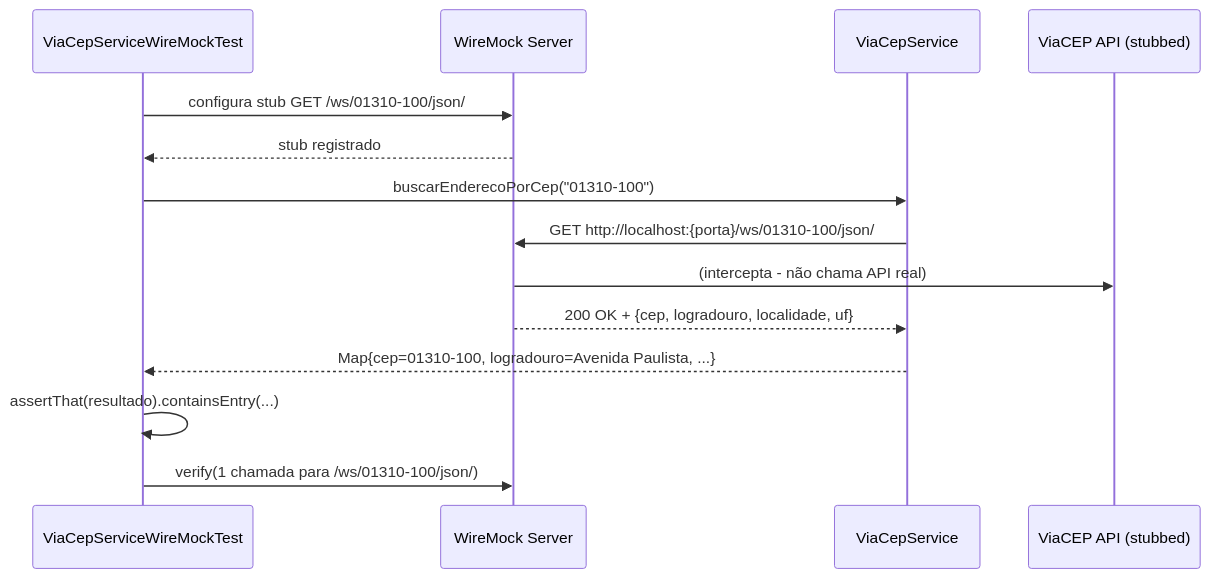
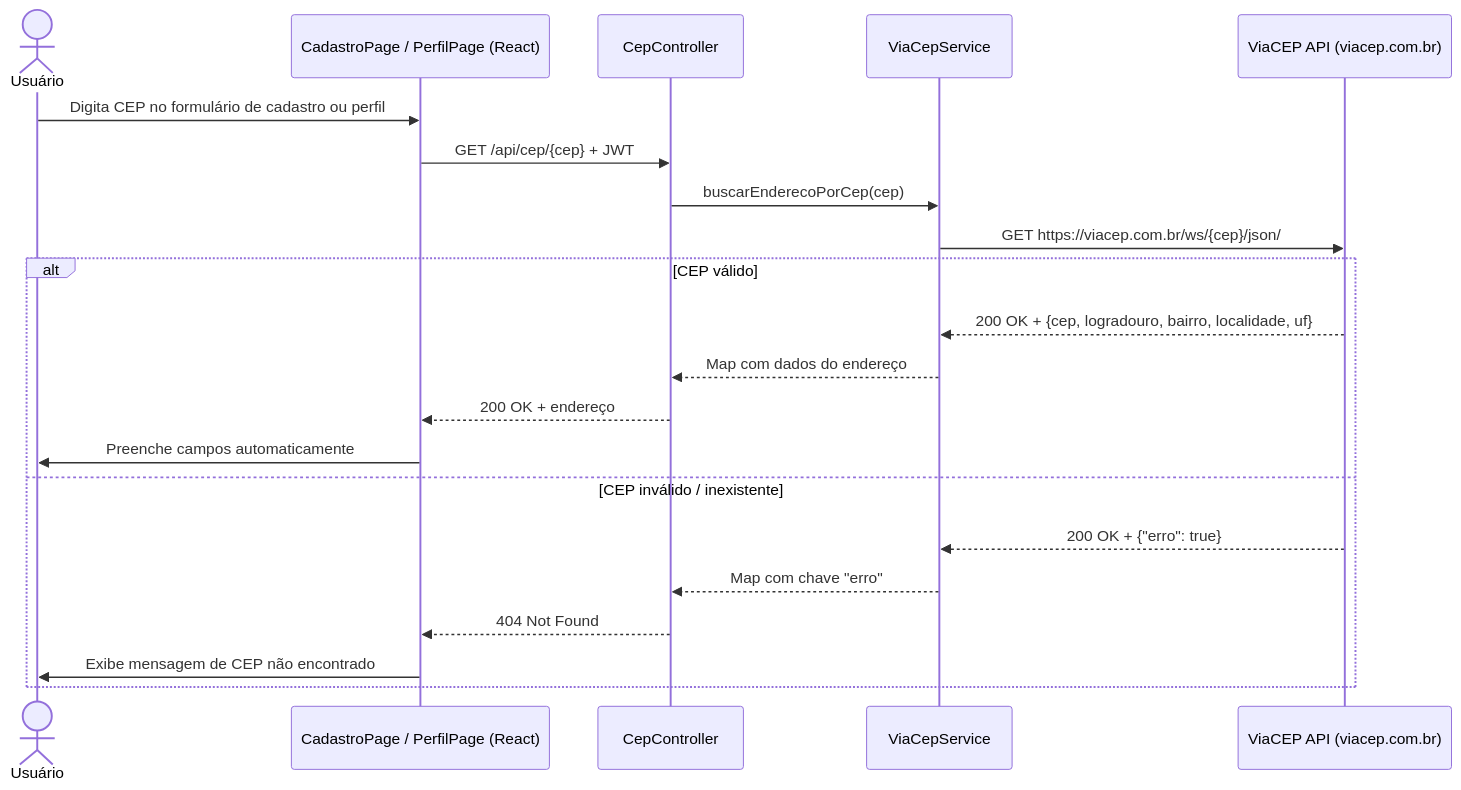
The ninth of 16 diagrams in RTM.md (limmuz/biblioteca), drawn with Mermaid before and after one commit. The commit also changed other lines of this file and 8 other files, not shown here.

First line of the commit message:
Refatorar seed com capas locais, melhorar perfil social e frontend

````diff
--- a/RTM.md
+++ b/RTM.md
@@ -346,17 +346,24 @@
 ```mermaid
 sequenceDiagram
-    participant T as ViaCepServiceWireMockTest
-    participant W as WireMock Server
+    actor U as Usuário
+    participant F as CadastroPage / PerfilPage (React)
+    participant C as CepController
     participant S as ViaCepService
-    participant V as ViaCEP API (stubbed)
+    participant V as ViaCEP API (viacep.com.br)
 
-    T->>W: configura stub GET /ws/01310-100/json/
-    W-->>T: stub registrado
-    T->>S: buscarEnderecoPorCep("01310-100")
-    S->>W: GET http://localhost:{porta}/ws/01310-100/json/
-    W->>V: (intercepta - não chama API real)
-    W-->>S: 200 OK + {cep, logradouro, localidade, uf}
-    S-->>T: Map{cep=01310-100, logradouro=Avenida Paulista, ...}
-    T->>T: assertThat(resultado).containsEntry(...)
-    T->>W: verify(1 chamada para /ws/01310-100/json/)
+    U->>F: Digita CEP no formulário de cadastro ou perfil
+    F->>C: GET /api/cep/{cep} + JWT
+    C->>S: buscarEnderecoPorCep(cep)
+    S->>V: GET https://viacep.com.br/ws/{cep}/json/
+    alt CEP válido
+        V-->>S: 200 OK + {cep, logradouro, bairro, localidade, uf}
+        S-->>C: Map com dados do endereço
+        C-->>F: 200 OK + endereço
+        F->>U: Preenche campos automaticamente
+    else CEP inválido / inexistente
+        V-->>S: 200 OK + {"erro": true}
+        S-->>C: Map com chave "erro"
+        C-->>F: 404 Not Found
+        F->>U: Exibe mensagem de CEP não encontrado
+    end
 ```
````
